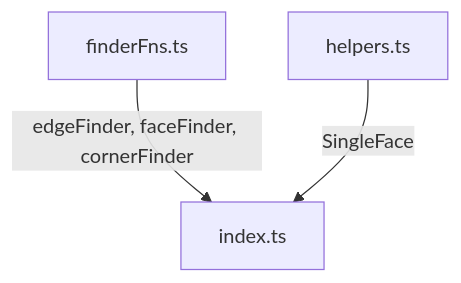
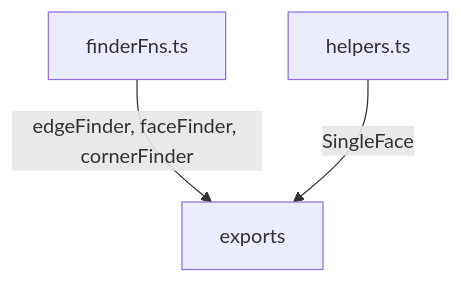
The diagram in src/query/README.md (andymai/brepjs), drawn with Mermaid before and after one commit. The commit also changed other lines of this file, not shown here.

Commit message:
docs: fix query README reference to deleted index.ts

````diff
--- a/src/query/README.md
+++ b/src/query/README.md
@@ -5,5 +5,5 @@
 ```mermaid
 graph TB
-    FN[finderFns.ts] -->|edgeFinder, faceFinder, cornerFinder| I[index.ts]
-    H[helpers.ts] -->|SingleFace| I
+    FN[finderFns.ts] -->|edgeFinder, faceFinder, cornerFinder| E[exports]
+    H[helpers.ts] -->|SingleFace| E
 ```
````
